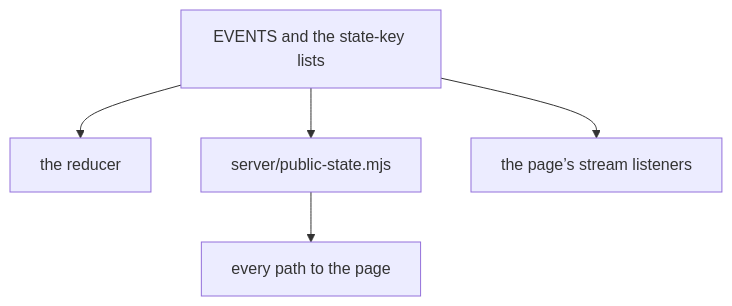
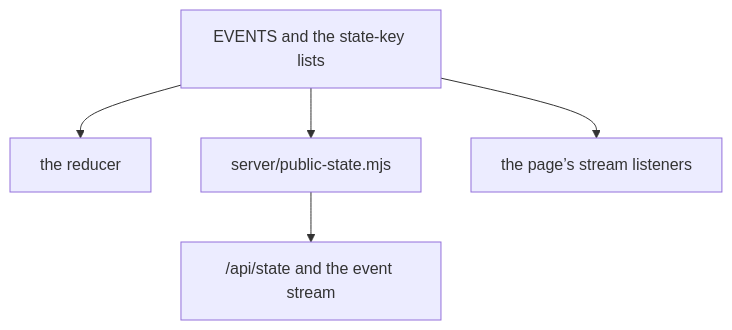
Before and after one commit to HJeon139/postbox: diagram 11 of 11 in designs/architecture.md, drawn with Mermaid. The commit also changed other lines of this file and 5 other files, not shown here.

````diff
--- a/designs/architecture.md
+++ b/designs/architecture.md
@@ -766,7 +766,7 @@
 ```mermaid
 flowchart TD
   T[EVENTS and the state-key lists] --> R[the reducer]
   T --> P[server/public-state.mjs]
   T --> C[the page’s stream listeners]
-  P --> S[every path to the page]
+  P --> S["/api/state and the event stream"]
 ```
````
